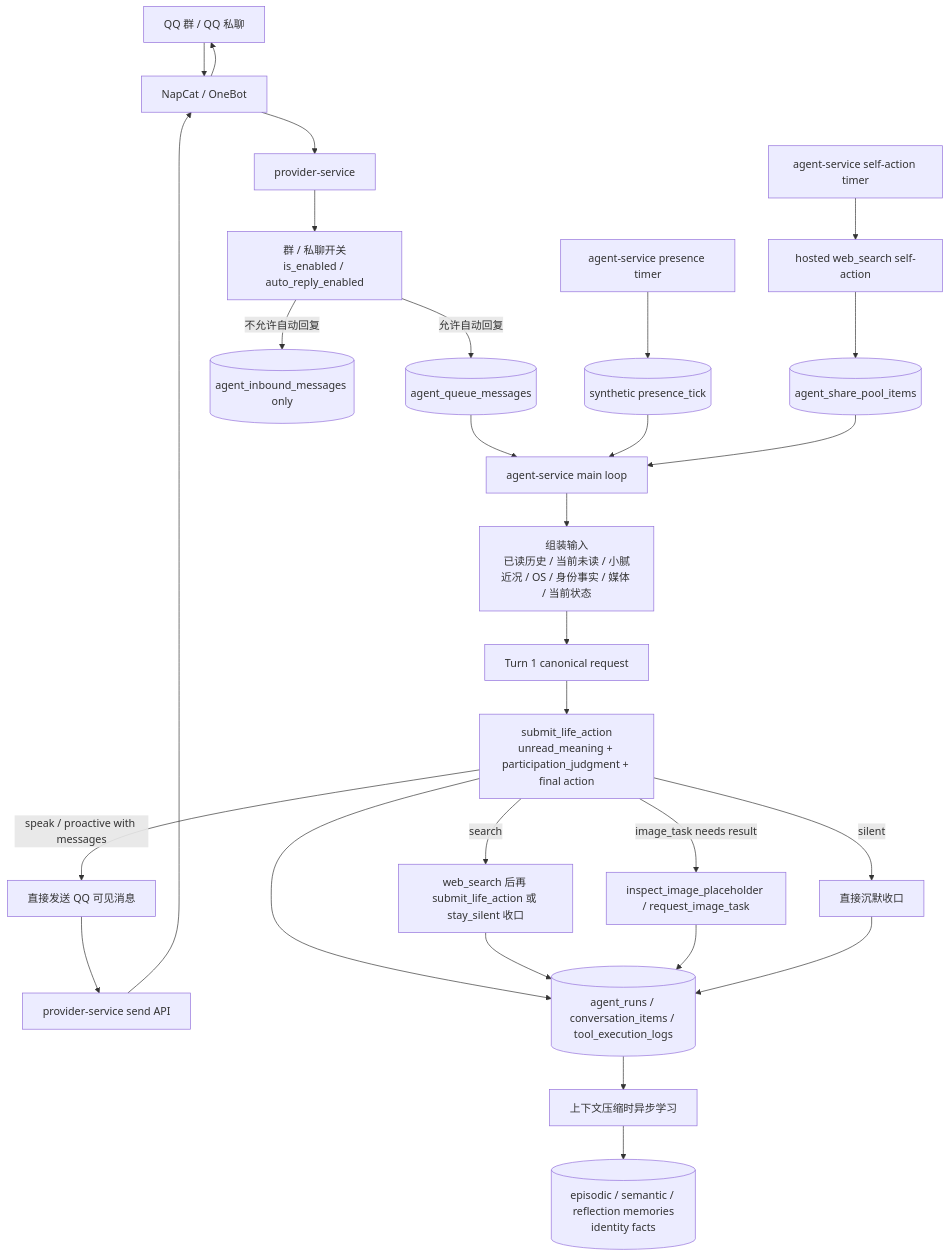
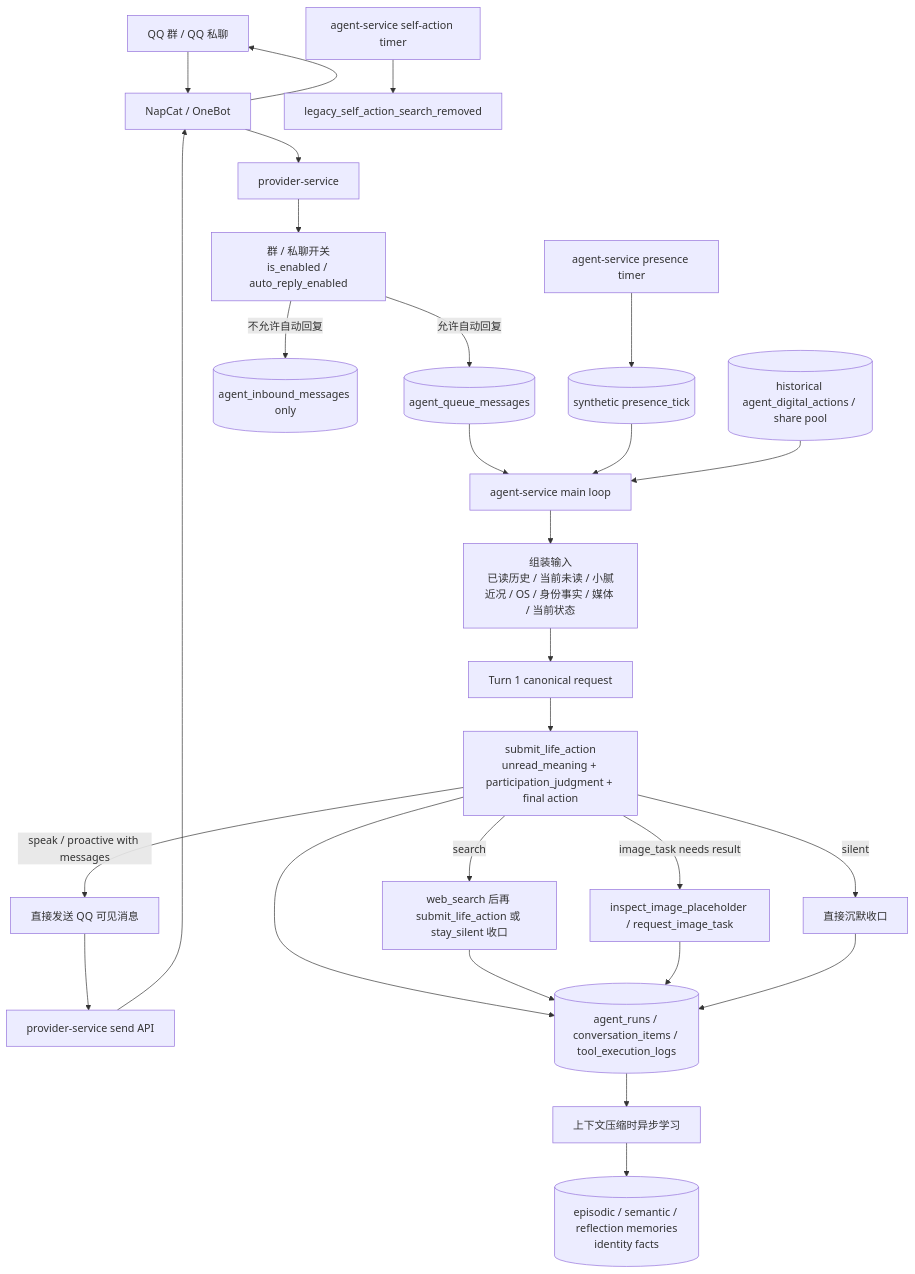
Before and after one commit to Hei-AI/xiaoni_cc: the first of 3 diagrams in docs/XIAONI_SPEAKING_FLOW.md, drawn with Mermaid. The commit also changed other lines of this file and 9 other files, not shown here.

Commit message:
docs: sync runtime self-action documentation

````diff
--- a/docs/XIAONI_SPEAKING_FLOW.md
+++ b/docs/XIAONI_SPEAKING_FLOW.md
@@ -13,35 +13,34 @@
 ```mermaid
 flowchart TD
   QQ[QQ 群 / QQ 私聊] --> NapCat[NapCat / OneBot]
   NapCat --> Provider[provider-service]
 
   Provider --> Policy[群 / 私聊开关<br/>is_enabled / auto_reply_enabled]
   Policy -->|允许自动回复| Queue[(agent_queue_messages)]
   Policy -->|不允许自动回复| InboxOnly[(agent_inbound_messages only)]
 
   Queue --> Loop[agent-service main loop]
   Loop --> Context[组装输入<br/>已读历史 / 当前未读 / 小腻近况 / OS / 身份事实 / 媒体 / 当前状态]
   Context --> Request[Turn 1 canonical request]
   Request --> LifeAction[submit_life_action<br/>unread_meaning + participation_judgment + final action]
 
   LifeAction -->|speak / proactive with messages| Send[直接发送 QQ 可见消息]
   LifeAction -->|silent| Silent[直接沉默收口]
   LifeAction -->|search| Search[web_search 后再 submit_life_action 或 stay_silent 收口]
   LifeAction -->|image_task needs result| ImageTools[inspect_image_placeholder / request_image_task]
 
   Send --> ProviderSend[provider-service send API]
   ProviderSend --> NapCat --> QQ
 
   LifeAction --> Record[(agent_runs / conversation_items / tool_execution_logs)]
   Search --> Record
   ImageTools --> Record
   Silent --> Record
   Record --> Learn[上下文压缩时异步学习]
   Learn --> Memory[(episodic / semantic / reflection memories<br/>identity facts)]
 
   AgentTimer[agent-service presence timer] --> PresenceQueue[(synthetic presence_tick)]
   PresenceQueue --> Loop
-  SelfActionTimer[agent-service self-action timer] --> SelfSearch[hosted web_search self-action]
-  SelfSearch --> SharePool[(agent_share_pool_items)]
-  SharePool --> Loop
+  SelfActionTimer[agent-service self-action timer] --> SelfSkip[legacy_self_action_search_removed]
+  HistoricalActions[(historical agent_digital_actions / share pool)] --> Loop
 ```
````
